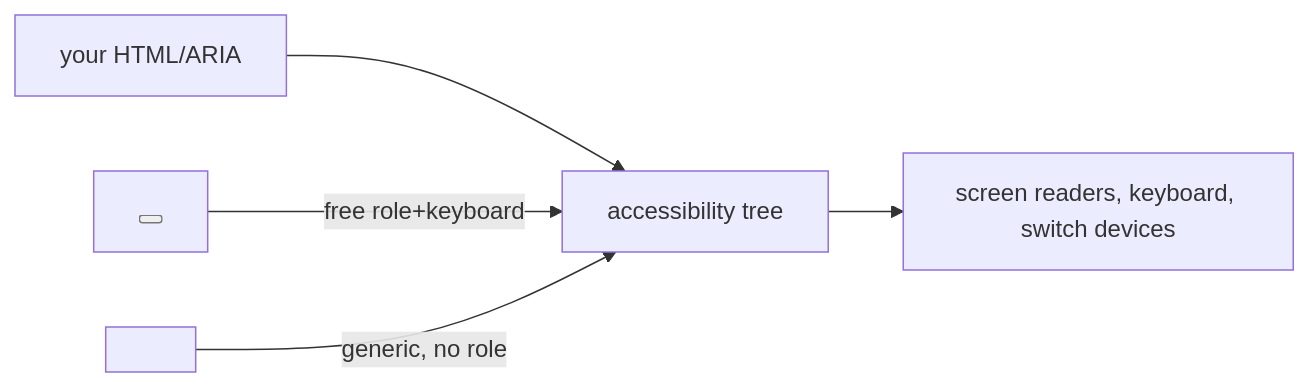
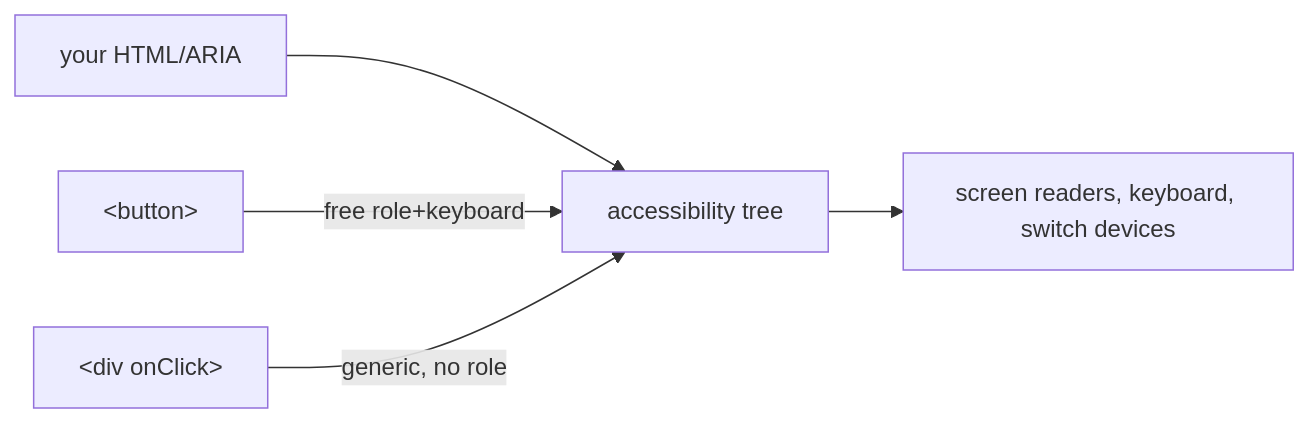
One commit to ashishxcode/frontend-internals changed the diagram in packages/content/content/23-accessibility.mdx. Above: the diagram before and after it, drawn with Mermaid. The commit also changed 8 other files, not shown here.

First line of the commit message:
content: expand 5 thin chapters + fix mermaid syntax for v11

````diff
--- a/packages/content/content/23-accessibility.mdx
+++ b/packages/content/content/23-accessibility.mdx
@@ -30,7 +30,7 @@
 ```mermaid
 flowchart LR
   html["your HTML/ARIA"] --> tree["accessibility tree"]
   tree --> at["screen readers, keyboard, switch devices"]
-  sem["<button>"] -->|free role+keyboard| tree
-  div["<div onClick>"] -->|generic, no role| tree
+  sem["&lt;button&gt;"] -->|free role+keyboard| tree
+  div["&lt;div onClick&gt;"] -->|generic, no role| tree
 ```
````
